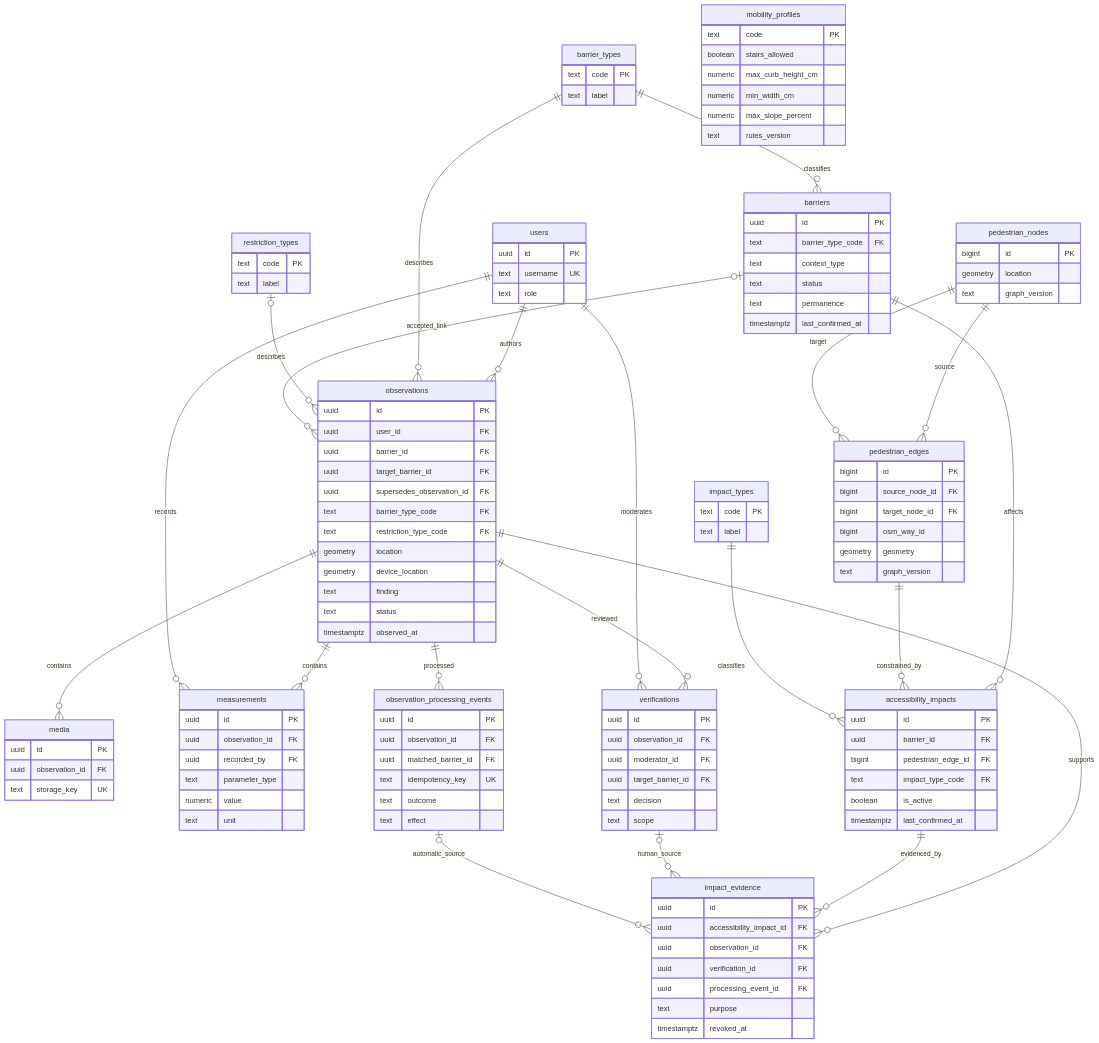
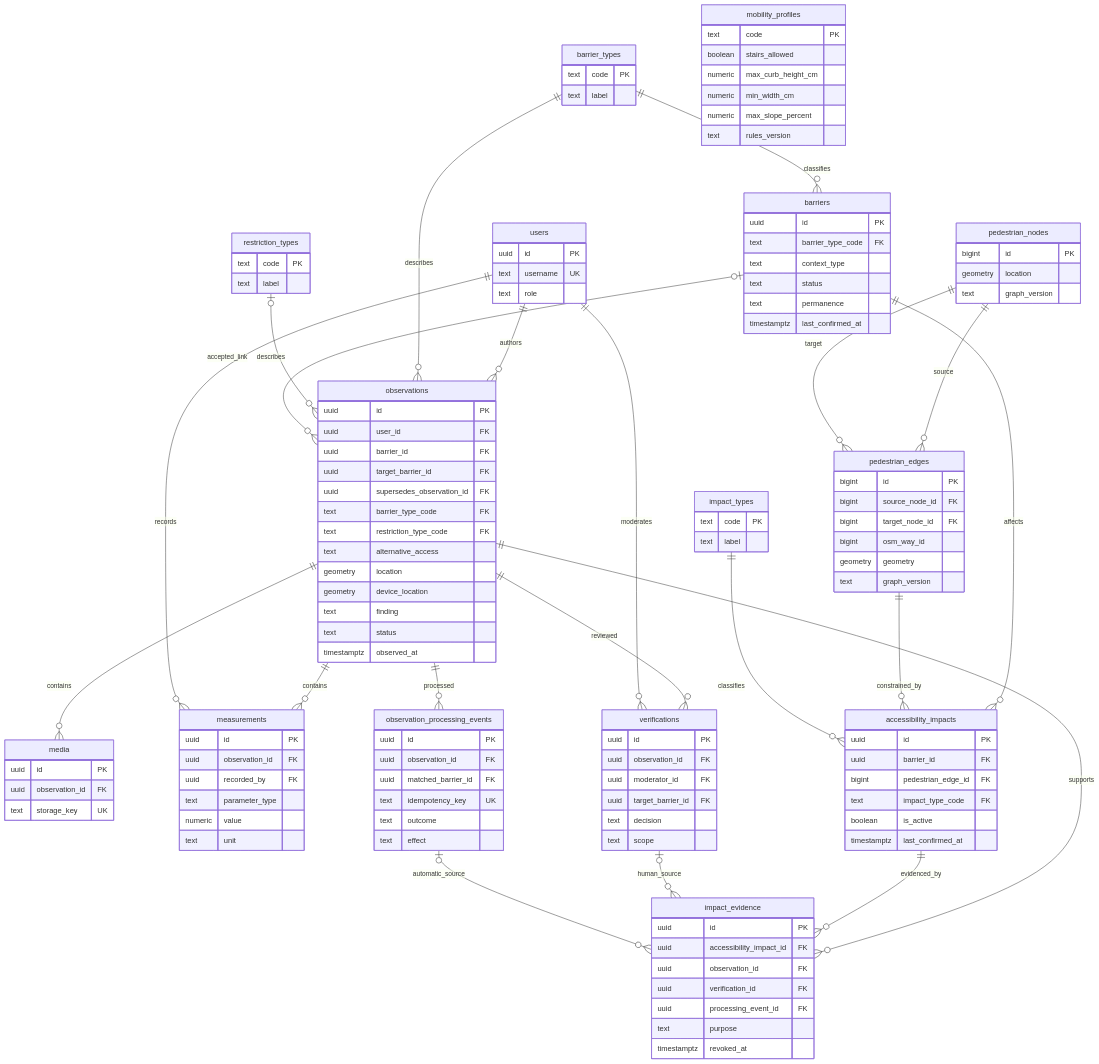
One commit to yopech/UrbanAccess-Accessibility-Audit-Routing changed the first of 2 diagrams in docs/06-erd.md. Above: the diagram before and after it, drawn with Mermaid. The commit also changed other lines of this file and 13 other files, not shown here.

```diff
--- a/docs/06-erd.md
+++ b/docs/06-erd.md
@@ -74,6 +74,7 @@
         uuid supersedes_observation_id FK
         text barrier_type_code FK
         text restriction_type_code FK
+        text alternative_access
         geometry location
         geometry device_location
         text finding
```
